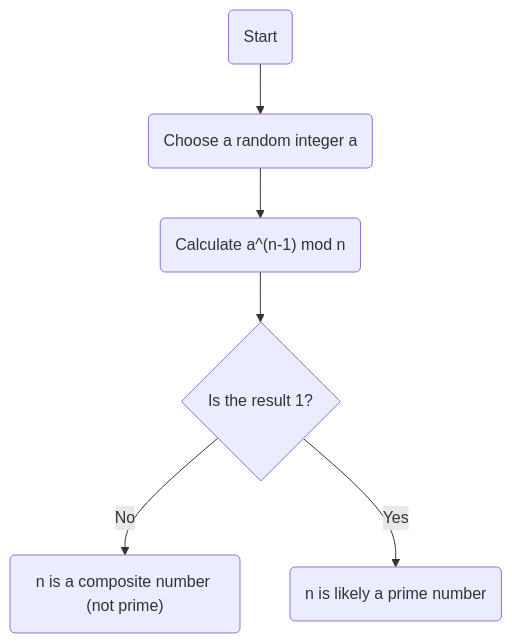
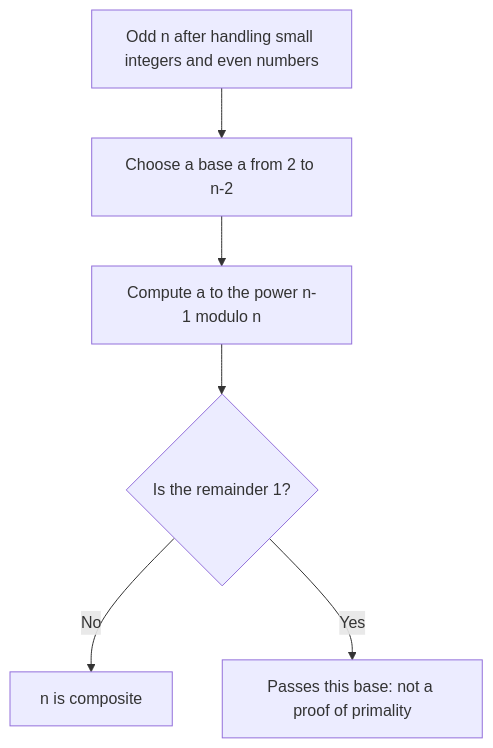
Before and after one commit to kenjinote/blog: the first of 2 diagrams in content/post/fermats-little-theorem/index.en.md, drawn with Mermaid. The commit also changed other lines of this file and 8 other files, not shown here.

````diff
--- a/content/post/fermats-little-theorem/index.en.md
+++ b/content/post/fermats-little-theorem/index.en.md
@@ -84,8 +56,8 @@
 ```mermaid
 flowchart TD
-    Start("Start") --> ChooseA("Choose a random integer a")
-    ChooseA --> Calc("Calculate a^(n-1) mod n")
-    Calc --> Check{"Is the result 1?"}
-    Check -- "No" --> Composite("n is a composite number (not prime)")
-    Check -- "Yes" --> ProbPrime("n is likely a prime number")
+    Input["Odd n after handling small integers and even numbers"] --> Choose["Choose a base a from 2 to n-2"]
+    Choose --> Calc["Compute a to the power n-1 modulo n"]
+    Calc --> Check{"Is the remainder 1?"}
+    Check -- No --> Composite["n is composite"]
+    Check -- Yes --> Pass["Passes this base: not a proof of primality"]
 ```
````
